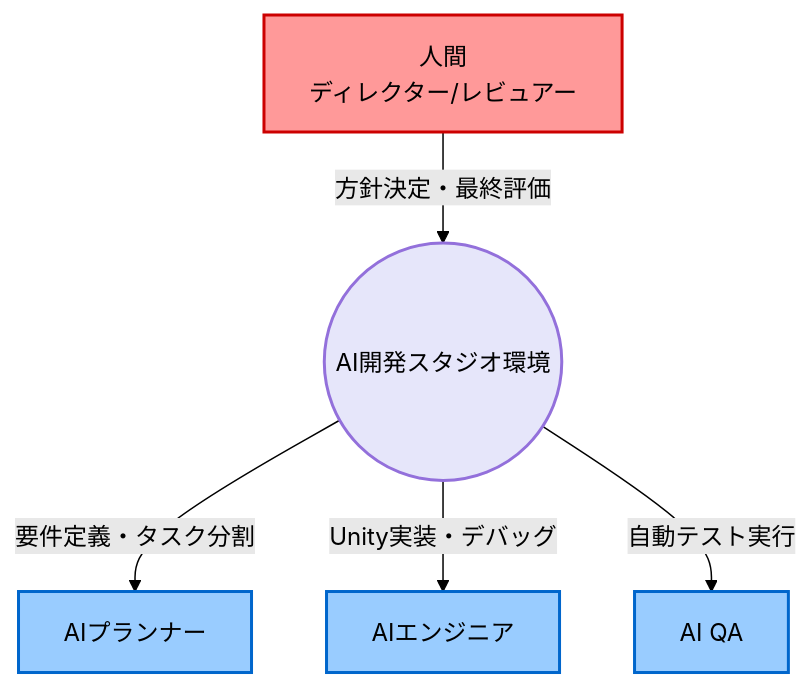
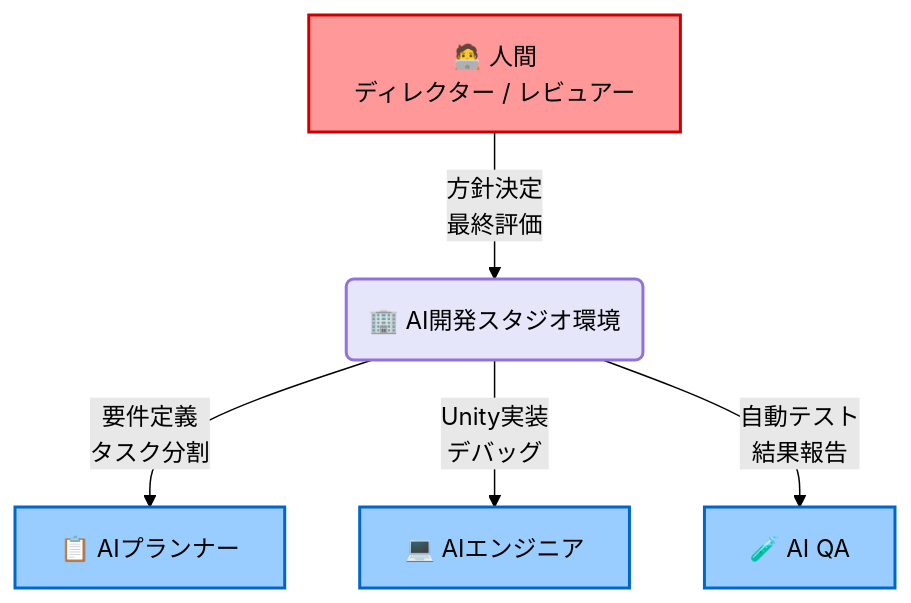
Before and after one commit to HarukiMitsui/Clio: the second of 2 diagrams in articles/utopia-post-mortem.md, drawn with Mermaid (forest theme). The commit also changed other lines of this file and 6 other files, not shown here.

````diff
--- a/articles/utopia-post-mortem.md
+++ b/articles/utopia-post-mortem.md
@@ -48,11 +54,11 @@
 ```mermaid
 graph TD
     classDef human fill:#ff9999,stroke:#cc0000,stroke-width:2px,color:#000
     classDef system fill:#e6e6fa,stroke:#9370db,stroke-width:2px,color:#000
     classDef agent fill:#99ccff,stroke:#0066cc,stroke-width:2px,color:#000
 
-    H[人間<br/>ディレクター/レビュアー]:::human -->|方針決定・最終評価| S((AI開発スタジオ環境)):::system
-    S -->|要件定義・タスク分割| A1[AIプランナー]:::agent
-    S -->|Unity実装・デバッグ| A2[AIエンジニア]:::agent
-    S -->|自動テスト実行| A3[AI QA]:::agent
+    H["🧑‍💻 人間<br/>ディレクター / レビュアー"]:::human -->|方針決定<br/>最終評価| S("🏢 AI開発スタジオ環境"):::system
+    S -->|要件定義<br/>タスク分割| A1["📋 AIプランナー"]:::agent
+    S -->|Unity実装<br/>デバッグ| A2["💻 AIエンジニア"]:::agent
+    S -->|自動テスト<br/>結果報告| A3["🧪 AI QA"]:::agent
 ```
````
